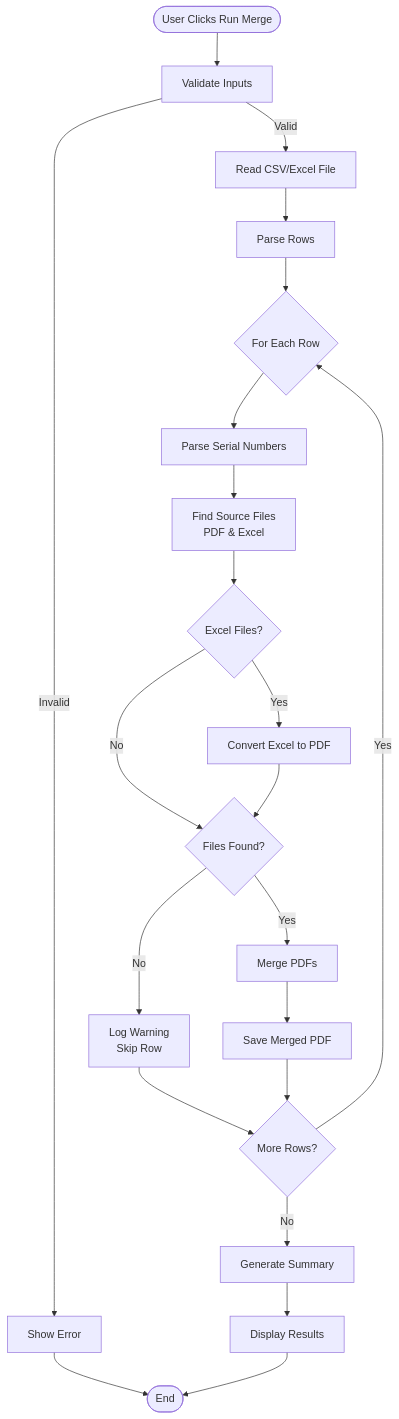
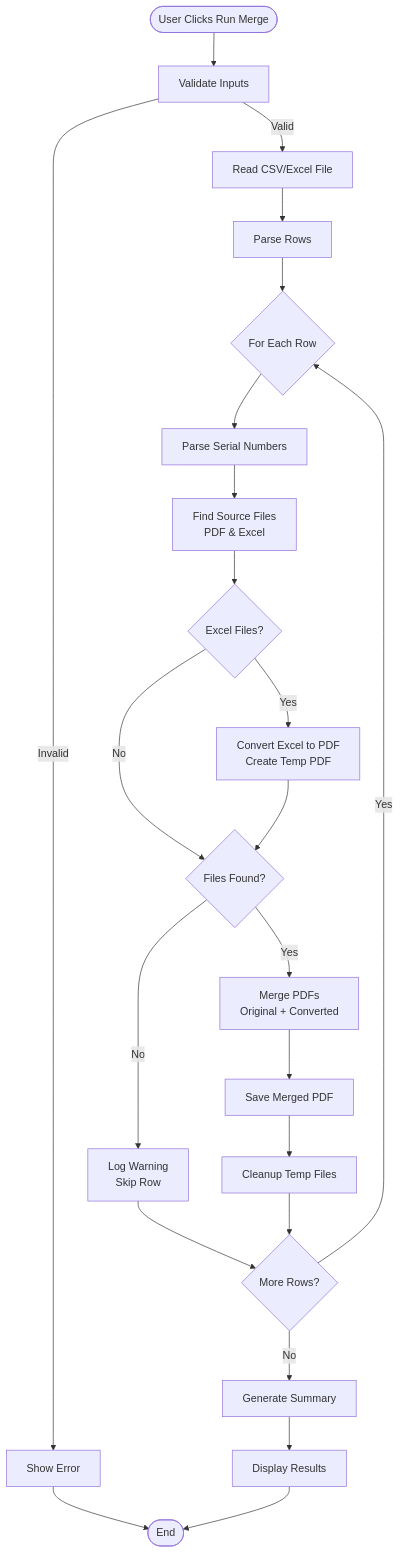
Before and after one commit to Yoavsb25/files-unifier: the fifth of 6 diagrams in ARCHITECTURE.md, drawn with Mermaid. The commit also changed other lines of this file and 3 other files, not shown here.

First line of the commit message:
Enhance documentation and testing for Excel file support in PDF Batch Merger

````diff
--- a/ARCHITECTURE.md
+++ b/ARCHITECTURE.md
@@ -305,24 +336,25 @@
 ```mermaid
 flowchart TD
     Start([User Clicks Run Merge]) --> Validate[Validate Inputs]
     Validate -->|Invalid| Error[Show Error]
     Validate -->|Valid| ReadFile[Read CSV/Excel File]
     ReadFile --> ParseRows[Parse Rows]
     ParseRows --> Loop{For Each Row}
     Loop --> ParseSerials[Parse Serial Numbers]
     ParseSerials --> FindFiles[Find Source Files<br/>PDF & Excel]
     FindFiles --> ConvertExcel{Excel Files?}
-    ConvertExcel -->|Yes| Convert[Convert Excel to PDF]
+    ConvertExcel -->|Yes| Convert[Convert Excel to PDF<br/>Create Temp PDF]
     ConvertExcel -->|No| CheckFound{Files Found?}
     Convert --> CheckFound
     CheckFound -->|No| Warn[Log Warning<br/>Skip Row]
-    CheckFound -->|Yes| Merge[Merge PDFs]
+    CheckFound -->|Yes| Merge[Merge PDFs<br/>Original + Converted]
     Warn --> NextRow
     Merge --> Save[Save Merged PDF]
-    Save --> NextRow{More Rows?}
+    Save --> Cleanup[Cleanup Temp Files]
+    Cleanup --> NextRow{More Rows?}
     NextRow -->|Yes| Loop
     NextRow -->|No| Summary[Generate Summary]
     Summary --> Display[Display Results]
     Error --> End([End])
     Display --> End
 ```
````
